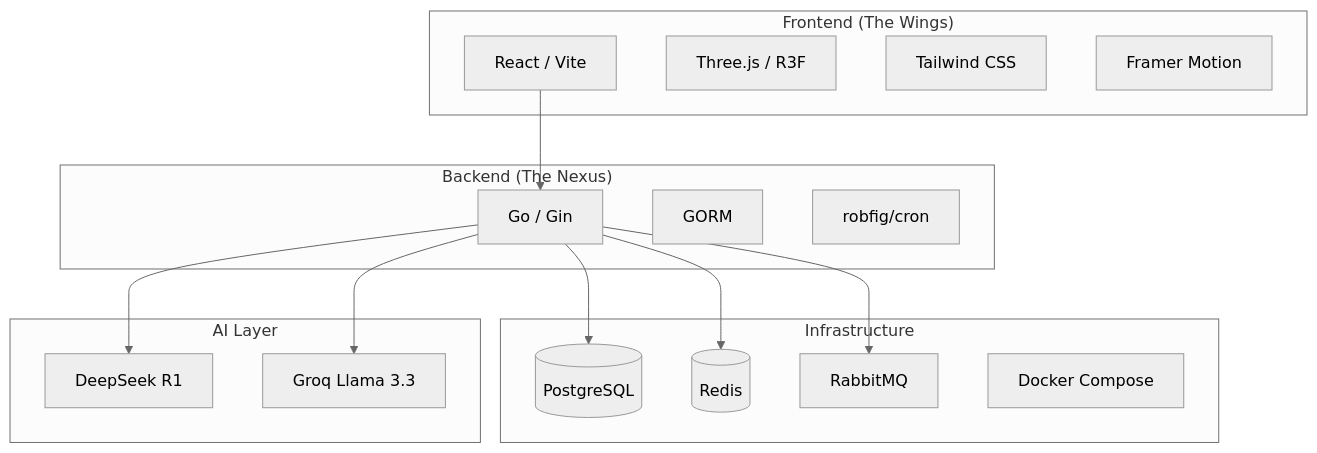
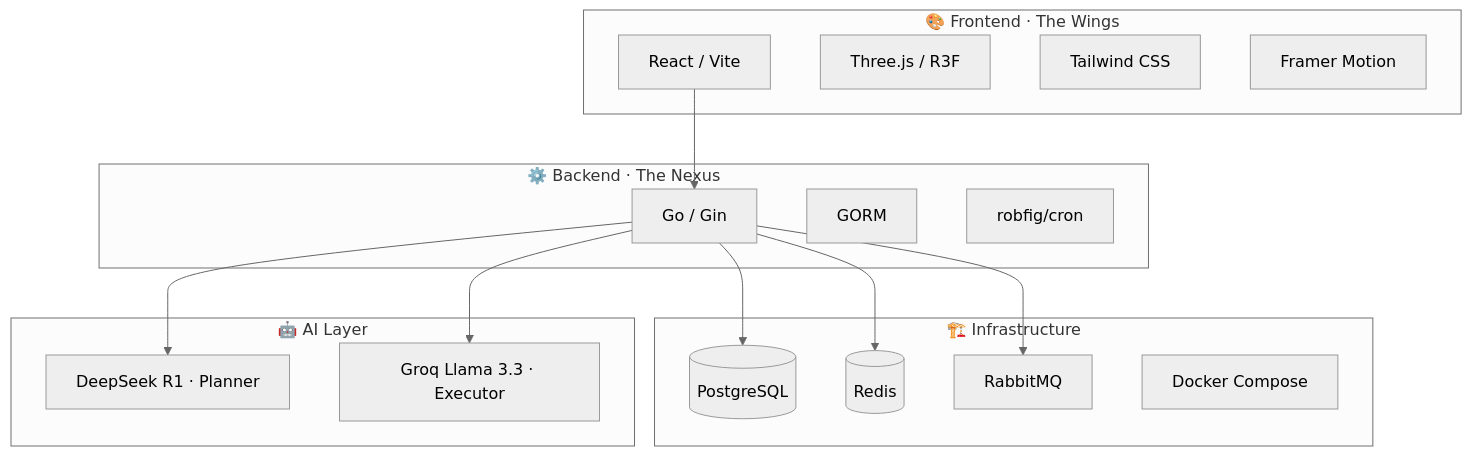
The first of 4 diagrams in README.md (arhamxfarooqui/AXIOS-GO), drawn with Mermaid (neutral theme) before and after one commit. The commit also changed other lines of this file, not shown here.

````diff
--- a/README.md
+++ b/README.md
@@ -9,34 +94,34 @@
 ```mermaid
 graph TD
-    subgraph "Frontend (The Wings)"
+    subgraph "🎨 Frontend · The Wings"
         React[React / Vite]
         Three[Three.js / R3F]
         Tailwind[Tailwind CSS]
         Framer[Framer Motion]
     end
 
-    subgraph "Backend (The Nexus)"
+    subgraph "⚙️ Backend · The Nexus"
         Go[Go / Gin]
         GORM[GORM]
         Cron[robfig/cron]
     end
 
-    subgraph "Infrastructure"
+    subgraph "🏗️ Infrastructure"
         Postgres[(PostgreSQL)]
         Redis[(Redis)]
         RMQ[RabbitMQ]
         Docker[Docker Compose]
     end
 
-    subgraph "AI Layer"
-        DeepSeek[DeepSeek R1]
-        Groq[Groq Llama 3.3]
+    subgraph "🤖 AI Layer"
+        DeepSeek[DeepSeek R1 · Planner]
+        Groq[Groq Llama 3.3 · Executor]
     end
 
     React --> Go
     Go --> Postgres
     Go --> Redis
     Go --> RMQ
     Go --> DeepSeek
     Go --> Groq
 ```
````
